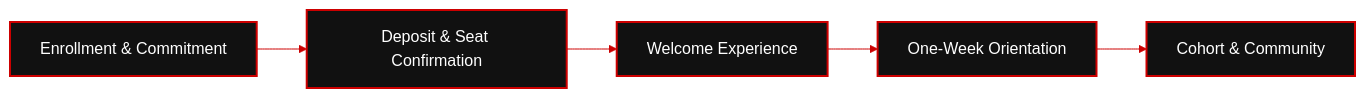
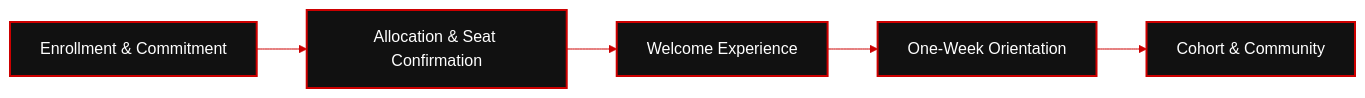
The diagram in RIAH-PATHWAY-WEBSITE-WIREFRAMES-STRUCTURE/11. ADMISSIONS/IMAGES/ADMISSIONS-PHASE-02-ENROLLMENT.mmd (RIAHPathway/Website-Draft), drawn with Mermaid before and after one commit. The commit also changed 11 other files, not shown here.

```diff
--- a/RIAH-PATHWAY-WEBSITE-WIREFRAMES-STRUCTURE/11. ADMISSIONS/IMAGES/ADMISSIONS-PHASE-02-ENROLLMENT.mmd
+++ b/RIAH-PATHWAY-WEBSITE-WIREFRAMES-STRUCTURE/11. ADMISSIONS/IMAGES/ADMISSIONS-PHASE-02-ENROLLMENT.mmd
@@ -1,13 +1,13 @@
 %%{init: {"theme":"base","themeVariables":{"primaryColor":"#111111","primaryTextColor":"#FFFFFF","primaryBorderColor":"#CC0000","lineColor":"#CC0000","secondaryColor":"#CC0000","tertiaryColor":"#111111"}}}%%
 flowchart LR
     S0["Enrollment & Commitment"]
-    S1["Deposit & Seat Confirmation"]
+    S1["Allocation & Seat Confirmation"]
     S2["Welcome Experience"]
     S3["One-Week Orientation"]
     S4["Cohort & Community"]
     S0 --> S1
     S1 --> S2
     S2 --> S3
     S3 --> S4
     classDef riah fill:#111111,stroke:#CC0000,color:#FFFFFF,stroke-width:2px;
     class S0,S1,S2,S3,S4 riah;
```
